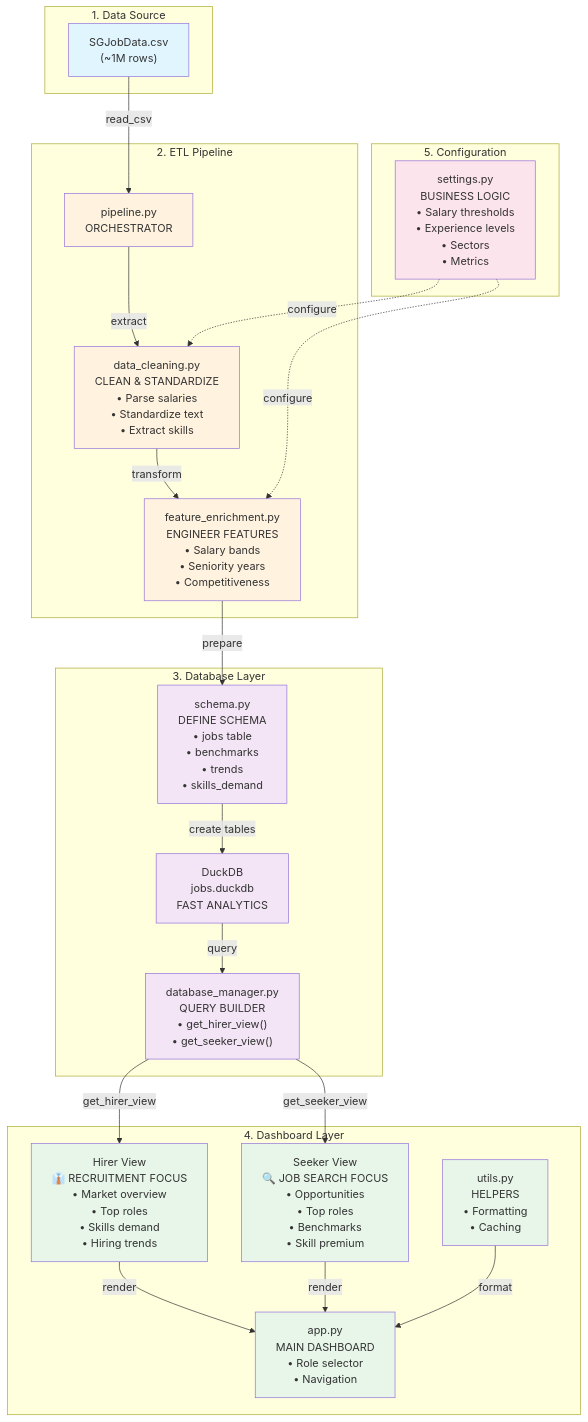
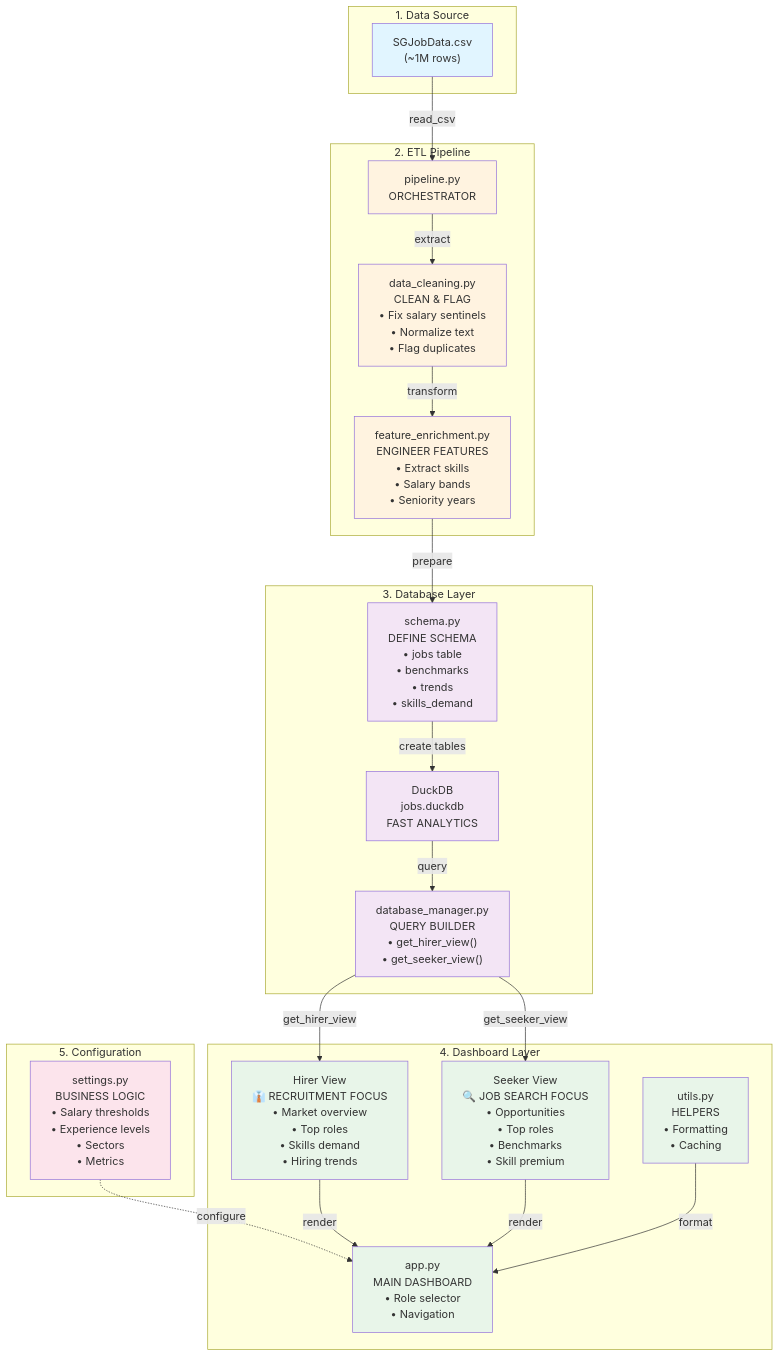
One commit to bomberblue/job-analytics-dashboard changed the diagram in ARCHITECTURE.md. Above: the diagram before and after it, drawn with Mermaid. The commit also changed other lines of this file and 6 other files, not shown here.

````diff
--- a/ARCHITECTURE.md
+++ b/ARCHITECTURE.md
@@ -1,56 +1,55 @@
 ```mermaid
 graph TB
     subgraph "1. Data Source"
         CSV["SGJobData.csv<br/>(~1M rows)"]
     end
 
     subgraph "2. ETL Pipeline"
         PIPE["pipeline.py<br/>ORCHESTRATOR"]
-        CLEAN["data_cleaning.py<br/>CLEAN & STANDARDIZE<br/>• Parse salaries<br/>• Standardize text<br/>• Extract skills"]
-        FEAT["feature_enrichment.py<br/>ENGINEER FEATURES<br/>• Salary bands<br/>• Seniority years<br/>• Competitiveness"]
+        CLEAN["data_cleaning.py<br/>CLEAN & FLAG<br/>• Fix salary sentinels<br/>• Normalize text<br/>• Flag duplicates"]
+        FEAT["feature_enrichment.py<br/>ENGINEER FEATURES<br/>• Extract skills<br/>• Salary bands<br/>• Seniority years"]
     end
 
     subgraph "3. Database Layer"
         SCHEMA["schema.py<br/>DEFINE SCHEMA<br/>• jobs table<br/>• benchmarks<br/>• trends<br/>• skills_demand"]
         DB["DuckDB<br/>jobs.duckdb<br/>FAST ANALYTICS"]
         DBMGR["database_manager.py<br/>QUERY BUILDER<br/>• get_hirer_view()<br/>• get_seeker_view()"]
     end
 
     subgraph "4. Dashboard Layer"
         APP["app.py<br/>MAIN DASHBOARD<br/>• Role selector<br/>• Navigation"]
         HIRER["Hirer View<br/>👔 RECRUITMENT FOCUS<br/>• Market overview<br/>• Top roles<br/>• Skills demand<br/>• Hiring trends"]
         SEEKER["Seeker View<br/>🔍 JOB SEARCH FOCUS<br/>• Opportunities<br/>• Top roles<br/>• Benchmarks<br/>• Skill premium"]
         UTILS["utils.py<br/>HELPERS<br/>• Formatting<br/>• Caching"]
     end
 
     subgraph "5. Configuration"
         CONFIG["settings.py<br/>BUSINESS LOGIC<br/>• Salary thresholds<br/>• Experience levels<br/>• Sectors<br/>• Metrics"]
     end
 
     CSV -->|read_csv| PIPE
     PIPE -->|extract| CLEAN
     CLEAN -->|transform| FEAT
     FEAT -->|prepare| SCHEMA
     SCHEMA -->|create tables| DB
     DB -->|query| DBMGR
     DBMGR -->|get_hirer_view| HIRER
     DBMGR -->|get_seeker_view| SEEKER
-    CONFIG -.->|configure| CLEAN
-    CONFIG -.->|configure| FEAT
+    CONFIG -.->|configure| APP
     HIRER -->|render| APP
     SEEKER -->|render| APP
     UTILS -->|format| APP
 
     style CSV fill:#e1f5ff
     style PIPE fill:#fff3e0
     style CLEAN fill:#fff3e0
     style FEAT fill:#fff3e0
     style SCHEMA fill:#f3e5f5
     style DB fill:#f3e5f5
     style DBMGR fill:#f3e5f5
     style APP fill:#e8f5e9
     style HIRER fill:#e8f5e9
     style SEEKER fill:#e8f5e9
     style UTILS fill:#e8f5e9
     style CONFIG fill:#fce4ec
 ```
````
